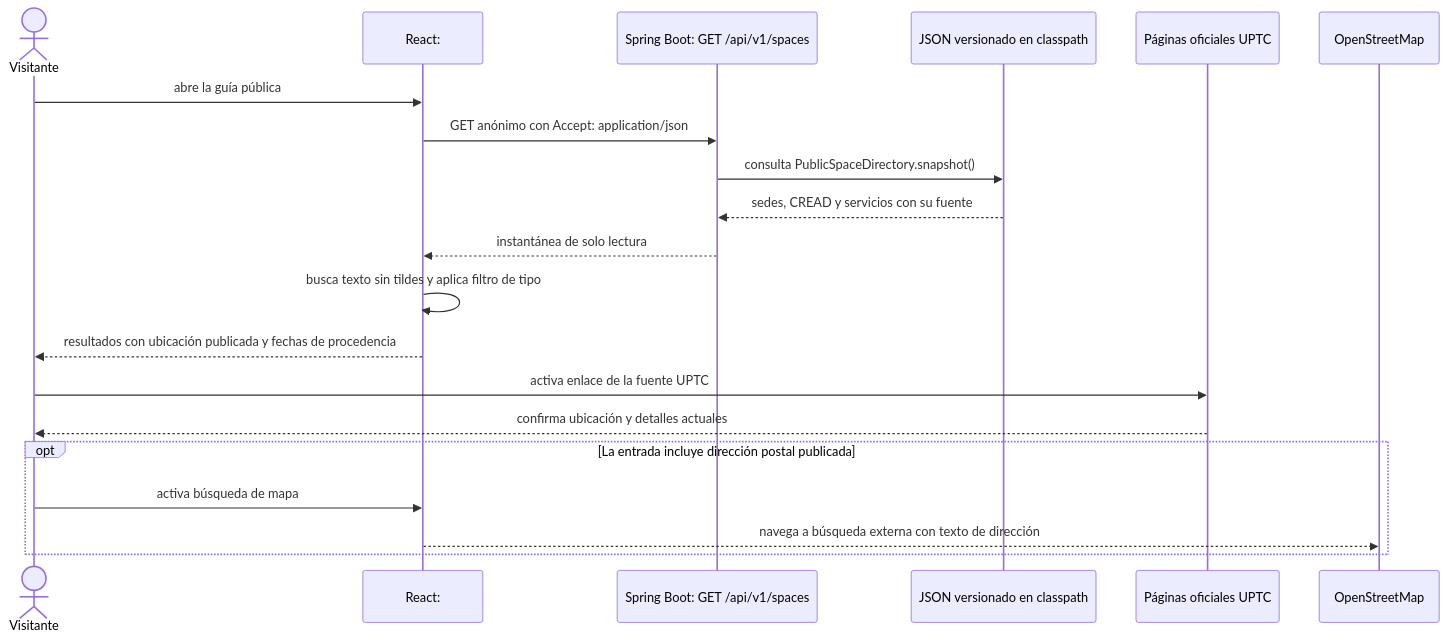
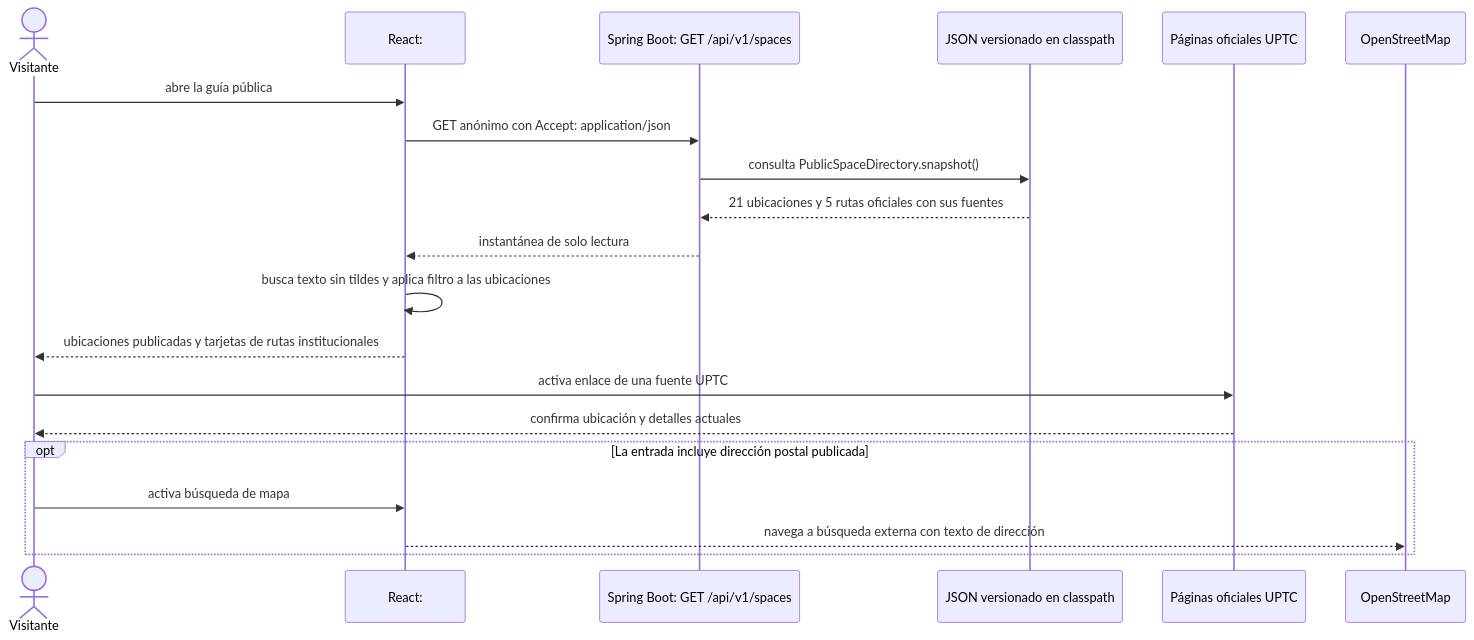
Diagram 23 of 23 in docs/architecture/process-flows.md (jdsalasca/open-university-backend), drawn with Mermaid before and after one commit. The commit also changed other lines of this file and 12 other files, not shown here.

````diff
--- a/docs/architecture/process-flows.md
+++ b/docs/architecture/process-flows.md
@@ -877,23 +877,23 @@
 ```mermaid
 sequenceDiagram
   actor Visitor as Visitante
   participant React as React: #espacios
   participant API as Spring Boot: GET /api/v1/spaces
   participant Catalog as JSON versionado en classpath
   participant Source as Páginas oficiales UPTC
   participant OSM as OpenStreetMap
 
   Visitor->>React: abre la guía pública
   React->>API: GET anónimo con Accept: application/json
   API->>Catalog: consulta PublicSpaceDirectory.snapshot()
-  Catalog-->>API: sedes, CREAD y servicios con su fuente
+  Catalog-->>API: 21 ubicaciones y 5 rutas oficiales con sus fuentes
   API-->>React: instantánea de solo lectura
-  React->>React: busca texto sin tildes y aplica filtro de tipo
-  React-->>Visitor: resultados con ubicación publicada y fechas de procedencia
-  Visitor->>Source: activa enlace de la fuente UPTC
+  React->>React: busca texto sin tildes y aplica filtro a las ubicaciones
+  React-->>Visitor: ubicaciones publicadas y tarjetas de rutas institucionales
+  Visitor->>Source: activa enlace de una fuente UPTC
   Source-->>Visitor: confirma ubicación y detalles actuales
   opt La entrada incluye dirección postal publicada
     Visitor->>React: activa búsqueda de mapa
     React-->>OSM: navega a búsqueda externa con texto de dirección
   end
 ```
````
